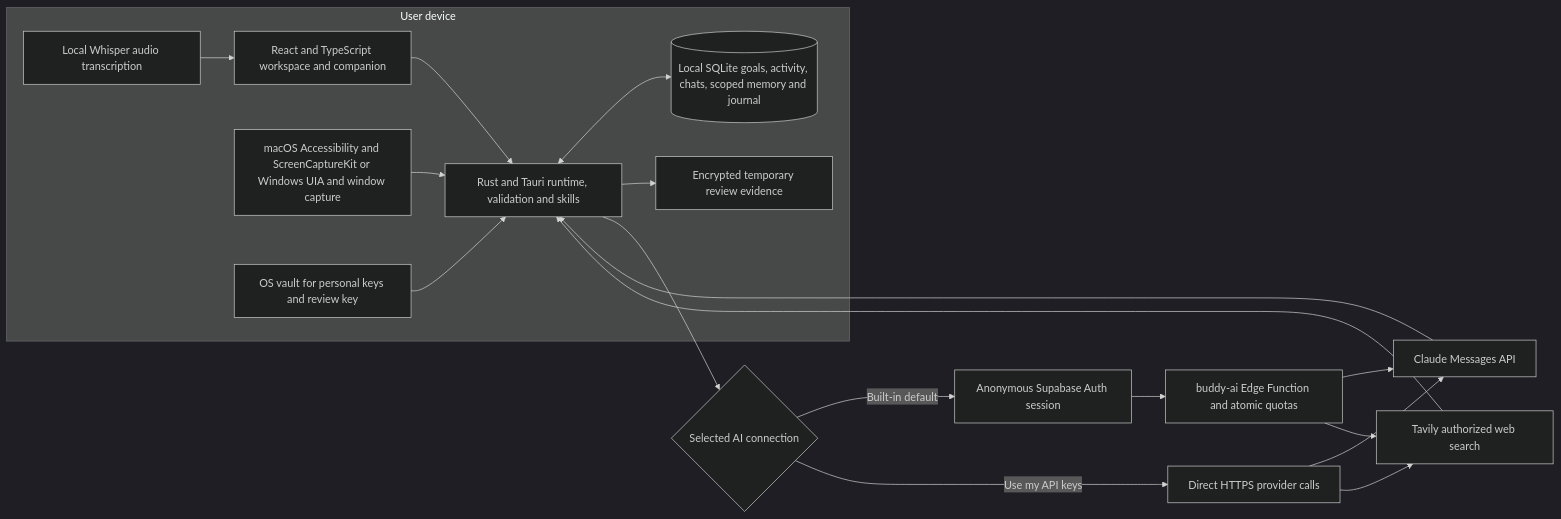
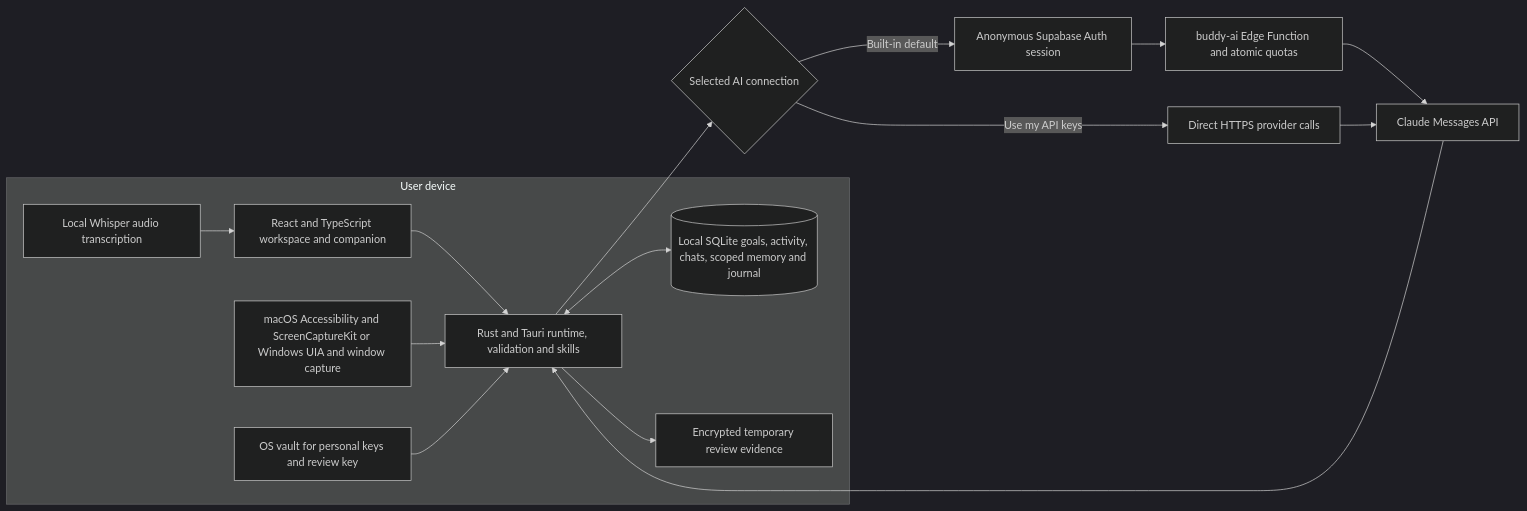
The first of 2 diagrams in docs/AI_ARCHITECTURE.md (KateNorth7/desktop_buddy), drawn with Mermaid (dark theme) before and after one commit. The commit also changed other lines of this file and 61 other files, not shown here.

First line of the commit message:
feat(ai): search the web through Claude and cap built-in AI at $1 per day

````diff
--- a/docs/AI_ARCHITECTURE.md
+++ b/docs/AI_ARCHITECTURE.md
@@ -7,28 +7,25 @@
 ```mermaid
 flowchart LR
     subgraph Device[User device]
         UI[React and TypeScript workspace and companion]
         Native[macOS Accessibility and ScreenCaptureKit or Windows UIA and window capture]
         Speech[Local Whisper audio transcription]
         Rust[Rust and Tauri runtime, validation and skills]
         DB[(Local SQLite goals, activity, chats, scoped memory and journal)]
         Evidence[Encrypted temporary review evidence]
         Vault[OS vault for personal keys and review key]
         UI --> Rust
         Native --> Rust
         Speech --> UI
         Rust <--> DB
         Rust --> Evidence
         Vault --> Rust
     end
     Rust --> Route{Selected AI connection}
     Route -->|Built-in default| Auth[Anonymous Supabase Auth session]
     Auth --> Gateway[buddy-ai Edge Function and atomic quotas]
     Gateway --> Claude[Claude Messages API]
-    Gateway --> Tavily[Tavily authorized web search]
     Route -->|Use my API keys| Direct[Direct HTTPS provider calls]
     Direct --> Claude
-    Direct --> Tavily
     Claude --> Rust
-    Tavily --> Rust
 ```
````
